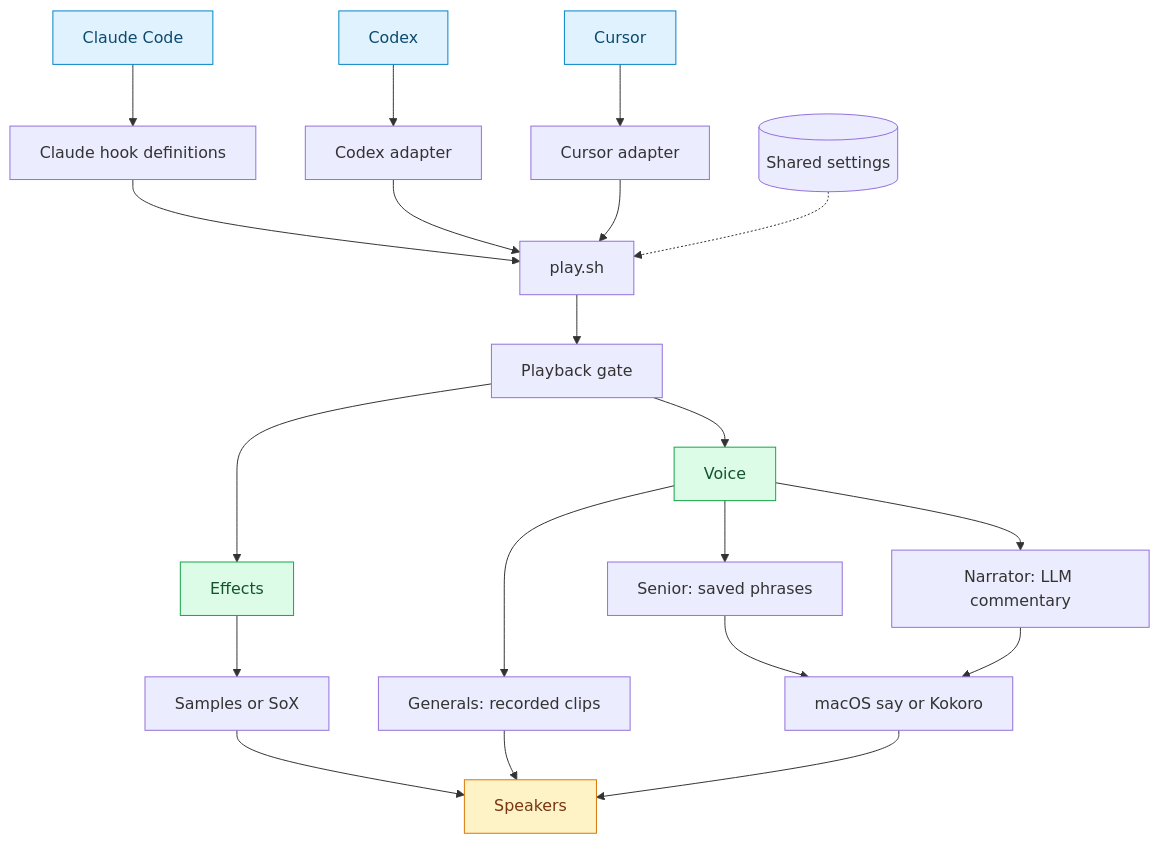
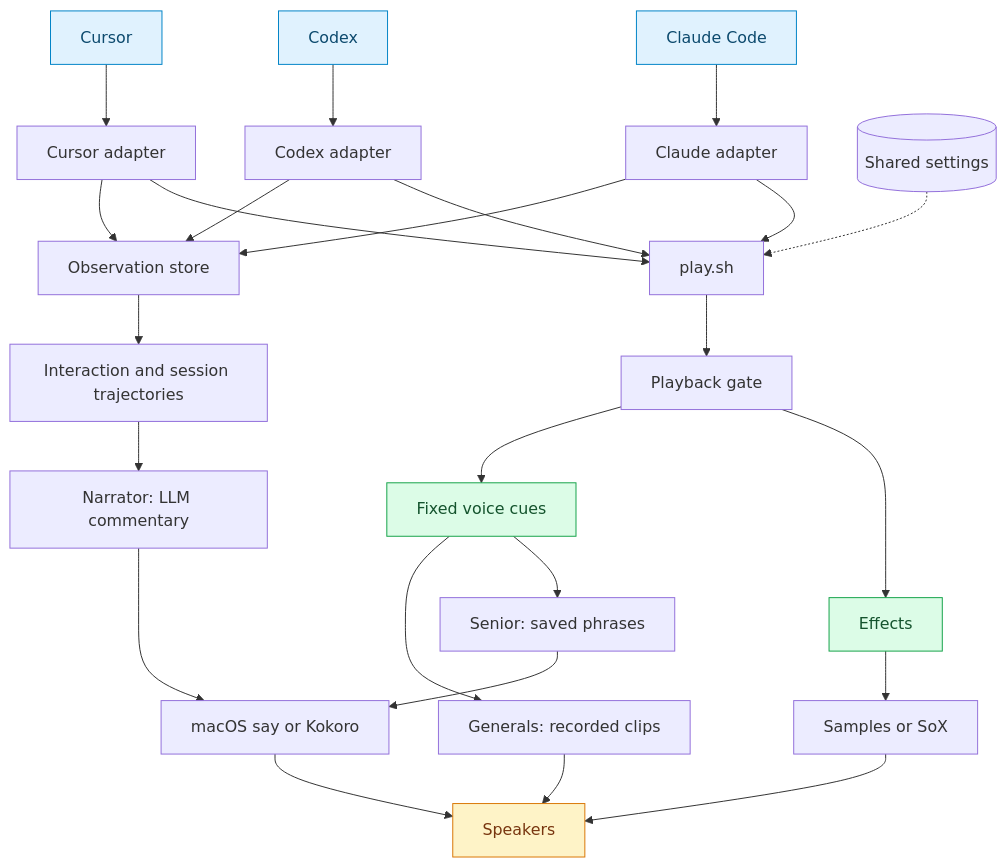
Before and after one commit to zorhay/code-gossip: the first of 6 diagrams in ARCHITECTURE.md, drawn with Mermaid. The commit also changed other lines of this file and 33 other files, not shown here.

Commit message:
Build persistent interaction and session trajectories for commentary

````diff
--- a/ARCHITECTURE.md
+++ b/ARCHITECTURE.md
@@ -11,28 +13,32 @@
 ```mermaid
 flowchart TB
-    Claude[Claude Code] --> CH[Claude hook definitions]
+    Claude[Claude Code] --> CH[Claude adapter]
     Codex[Codex] --> CX[Codex adapter]
     Cursor[Cursor] --> CU[Cursor adapter]
     CH --> Play[play.sh]
     CX --> Play
     CU --> Play
+    CH --> Observe[Observation store]
+    CX --> Observe
+    CU --> Observe
+    Observe --> Trajectories[Interaction and session trajectories]
+    Trajectories --> Narrator[Narrator: LLM commentary]
     Config[(Shared settings)] -.-> Play
     Play --> Gate[Playback gate]
     Gate --> Effects[Effects]
-    Gate --> Voice[Voice]
+    Gate --> Voice[Fixed voice cues]
     Effects --> FX[Samples or SoX]
     Voice --> Senior[Senior: saved phrases]
     Voice --> Generals[Generals: recorded clips]
-    Voice --> Narrator[Narrator: LLM commentary]
     Senior --> Speech[macOS say or Kokoro]
     Narrator --> Speech
     FX --> Speakers[Speakers]
     Generals --> Speakers
     Speech --> Speakers
     classDef agent fill:#e0f2fe,stroke:#0284c7,color:#0c4a6e
     classDef channel fill:#dcfce7,stroke:#16a34a,color:#14532d
     classDef output fill:#fef3c7,stroke:#d97706,color:#78350f
     class Claude,Codex,Cursor agent
     class Effects,Voice channel
     class Speakers output
 ```
````
